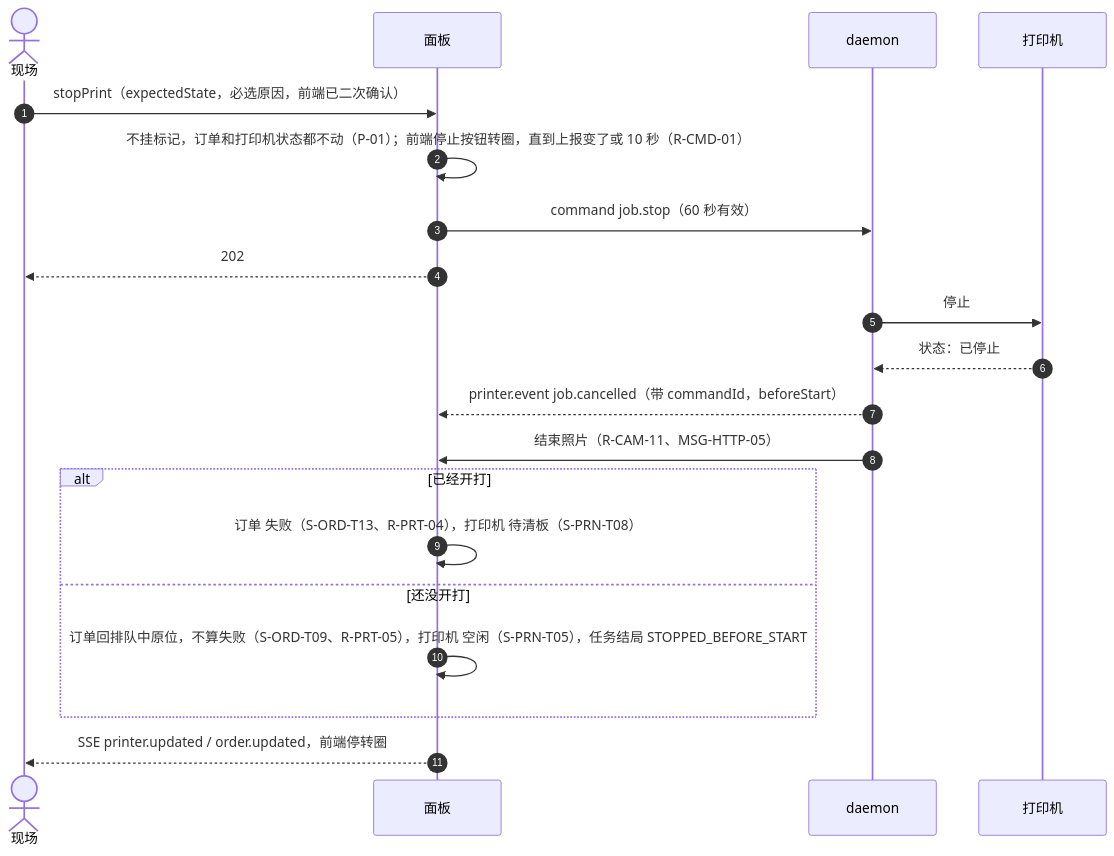
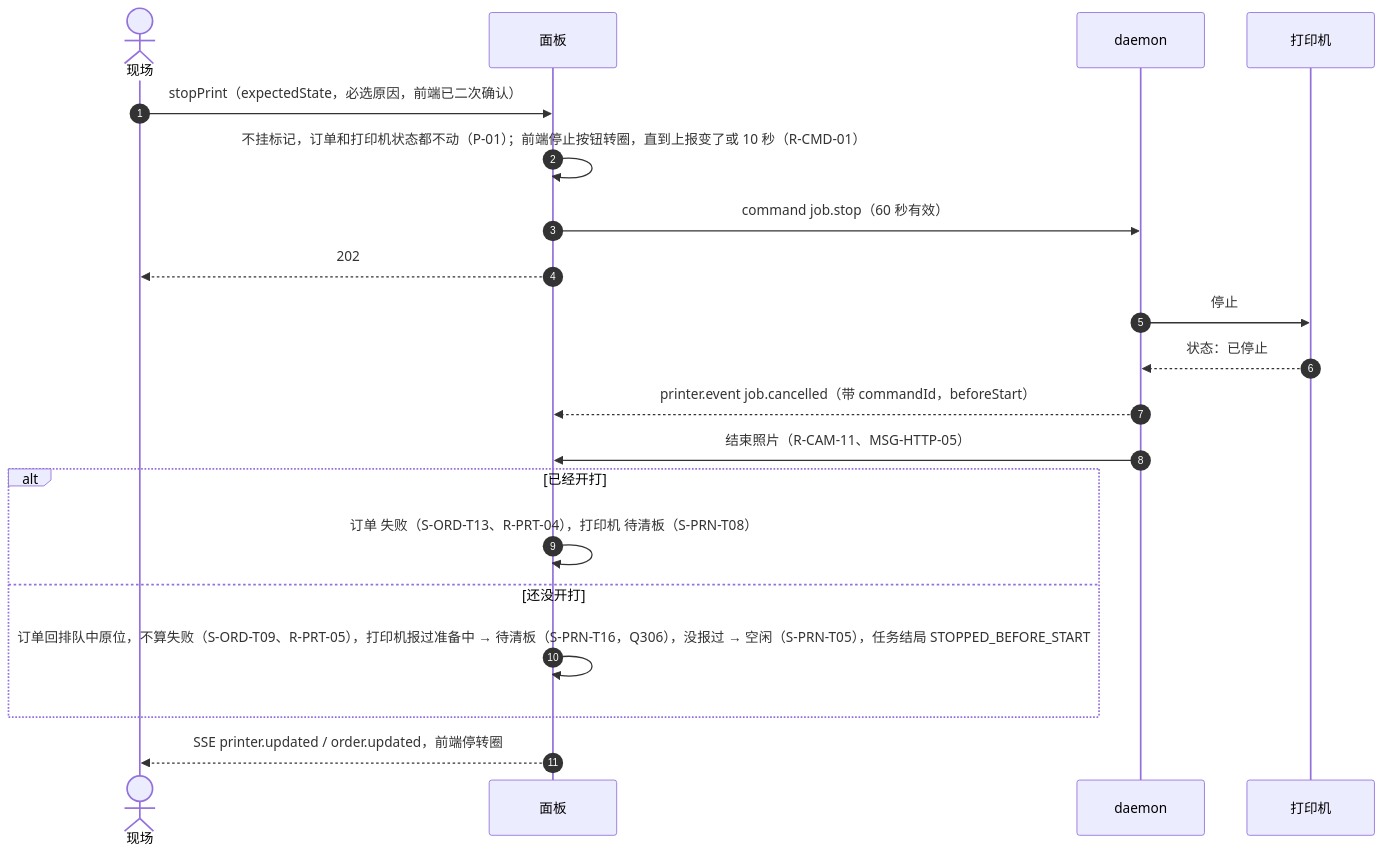
The fourth of 11 diagrams in docs/design/03-sequences.md (PlateRelay/PlateRelay), drawn with Mermaid before and after one commit.

Commit message:
docs(design): route stop after preparing to awaiting bed clear in stop sequence
Claude-Session: https://claude.ai/code/session_012TmsB2UUV3GMJ8Hk98n5y7

````diff
--- a/docs/design/03-sequences.md
+++ b/docs/design/03-sequences.md
@@ -163,22 +163,22 @@
 ```mermaid
 sequenceDiagram
   autonumber
   actor S as 现场
   participant P as 面板
   participant D as daemon
   participant R as 打印机
   S->>P: stopPrint（expectedState，必选原因，前端已二次确认）
   P->>P: 不挂标记，订单和打印机状态都不动（P-01）；前端停止按钮转圈，直到上报变了或 10 秒（R-CMD-01）
   P->>D: command job.stop（60 秒有效）
   P-->>S: 202
   D->>R: 停止
   R-->>D: 状态：已停止
   D-->>P: printer.event job.cancelled（带 commandId，beforeStart）
   D->>P: 结束照片（R-CAM-11、MSG-HTTP-05）
   alt 已经开打
     P->>P: 订单 失败（S-ORD-T13、R-PRT-04），打印机 待清板（S-PRN-T08）
   else 还没开打
-    P->>P: 订单回排队中原位，不算失败（S-ORD-T09、R-PRT-05），打印机 空闲（S-PRN-T05），任务结局 STOPPED_BEFORE_START
+    P->>P: 订单回排队中原位，不算失败（S-ORD-T09、R-PRT-05），打印机报过准备中 → 待清板（S-PRN-T16，Q306），没报过 → 空闲（S-PRN-T05），任务结局 STOPPED_BEFORE_START
   end
   P-->>S: SSE printer.updated / order.updated，前端停转圈
 ```
````
